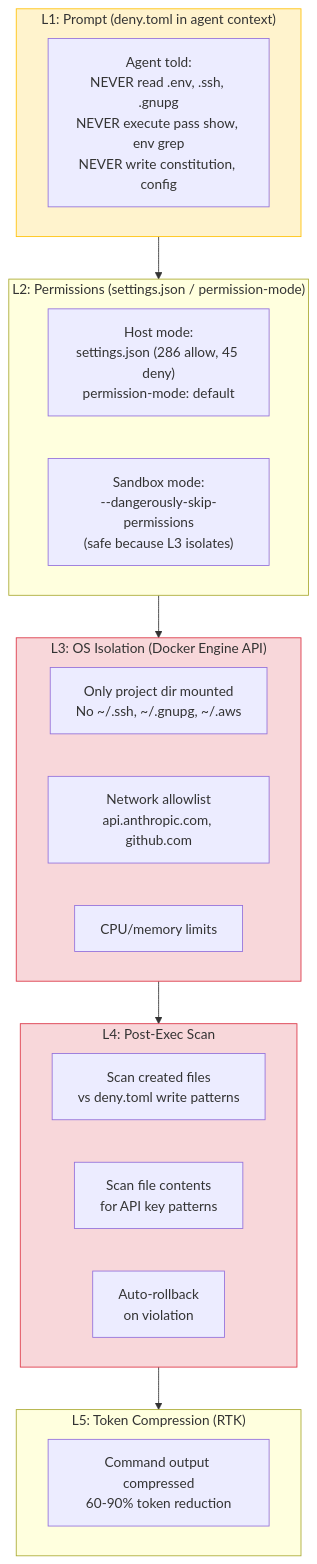
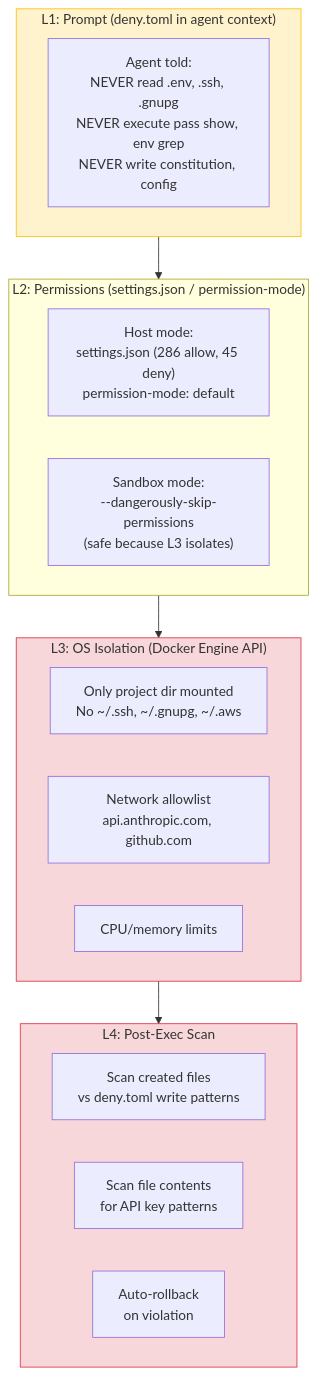
Before and after one commit to Forgia-Labs/forgia: the fourth of 13 diagrams in docs/functional-architecture.md, drawn with Mermaid. The commit also changed other lines of this file, not shown here.

First line of the commit message:
fix: resolve 10 inconsistencies in functional-architecture.md

````diff
--- a/docs/functional-architecture.md
+++ b/docs/functional-architecture.md
@@ -224,33 +232,29 @@
 ```mermaid
 flowchart TD
     subgraph L1 ["L1: Prompt (deny.toml in agent context)"]
         DenyPrompt["Agent told:\nNEVER read .env, .ssh, .gnupg\nNEVER execute pass show, env grep\nNEVER write constitution, config"]
     end
 
     subgraph L2 ["L2: Permissions (settings.json / permission-mode)"]
         Host["Host mode:\nsettings.json (286 allow, 45 deny)\npermission-mode: default"]
         SandboxPerm["Sandbox mode:\n--dangerously-skip-permissions\n(safe because L3 isolates)"]
     end
 
     subgraph L3 ["L3: OS Isolation (Docker Engine API)"]
         Mount["Only project dir mounted\nNo ~/.ssh, ~/.gnupg, ~/.aws"]
         Net["Network allowlist\napi.anthropic.com, github.com"]
         Resources["CPU/memory limits"]
     end
 
     subgraph L4 ["L4: Post-Exec Scan"]
         FileCheck["Scan created files\nvs deny.toml write patterns"]
         SecretCheck["Scan file contents\nfor API key patterns"]
         Rollback["Auto-rollback\non violation"]
     end
 
-    subgraph L5 ["L5: Token Compression (RTK)"]
-        Compress["Command output compressed\n60-90% token reduction"]
-    end
-
-    L1 --> L2 --> L3 --> L4 --> L5
+    L1 --> L2 --> L3 --> L4
 
     style L1 fill:#fff3cd,stroke:#ffc107
     style L3 fill:#f8d7da,stroke:#dc3545
     style L4 fill:#f8d7da,stroke:#dc3545
 ```
````
